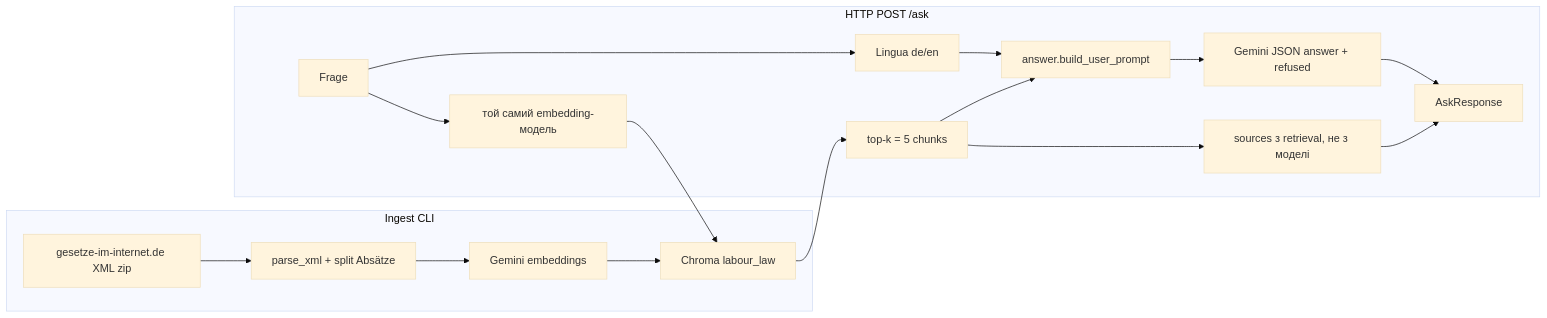
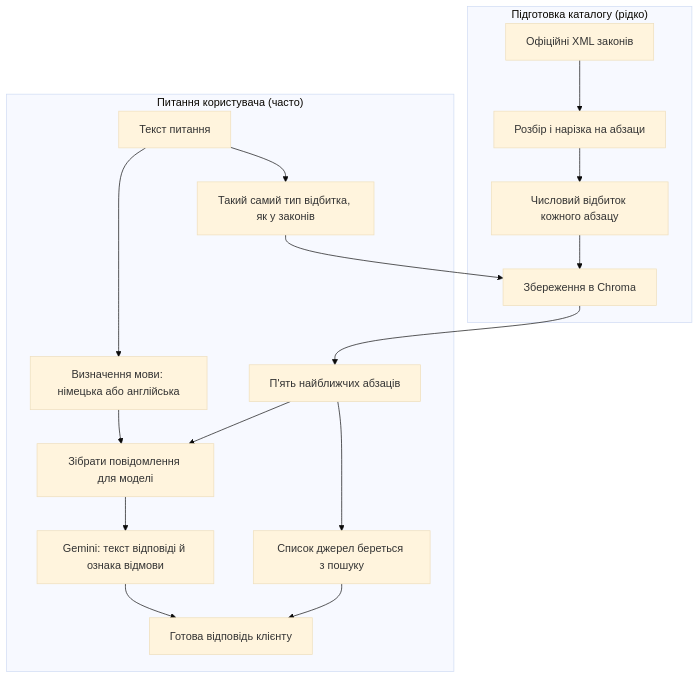
One commit to KyryloY/rag-fastapi changed the first of 2 diagrams in docs/struktura-proektu.md. Above: the diagram before and after it, drawn with Mermaid (base theme). The commit also changed other lines of this file, not shown here.

Commit message:
Expand the architecture doc into plain-language explanations of the stack.

````diff
--- a/docs/struktura-proektu.md
+++ b/docs/struktura-proektu.md
@@ -22,21 +41,21 @@
 ```mermaid
-flowchart LR
-  subgraph ingest["Ingest CLI"]
-    WWW["gesetze-im-internet.de XML zip"] --> Parse["parse_xml + split Absätze"]
-    Parse --> Emb["Gemini embeddings"]
-    Emb --> Chroma["Chroma labour_law"]
+flowchart TB
+  subgraph ingest["Підготовка каталогу (рідко)"]
+    WWW["Офіційні XML законів"] --> Parse["Розбір і нарізка на абзаци"]
+    Parse --> Emb["Числовий відбиток кожного абзацу"]
+    Emb --> Chroma["Збереження в Chroma"]
   end
 
-  subgraph ask["HTTP POST /ask"]
-    Q["Frage"] --> Detect["Lingua de/en"]
-    Q --> QEmb["той самий embedding-модель"]
+  subgraph ask["Питання користувача (часто)"]
+    Q["Текст питання"] --> Detect["Визначення мови: німецька або англійська"]
+    Q --> QEmb["Такий самий тип відбитка, як у законів"]
     QEmb --> Chroma
-    Chroma --> TopK["top-k = 5 chunks"]
-    Detect --> Prompt["answer.build_user_prompt"]
+    Chroma --> TopK["П'ять найближчих абзаців"]
+    Detect --> Prompt["Зібрати повідомлення для моделі"]
     TopK --> Prompt
-    Prompt --> Chat["Gemini JSON answer + refused"]
-    TopK --> Sources["sources з retrieval, не з моделі"]
-    Chat --> JSON["AskResponse"]
+    Prompt --> Chat["Gemini: текст відповіді й ознака відмови"]
+    TopK --> Sources["Список джерел береться з пошуку"]
+    Chat --> JSON["Готова відповідь клієнту"]
     Sources --> JSON
   end
 ```
````
